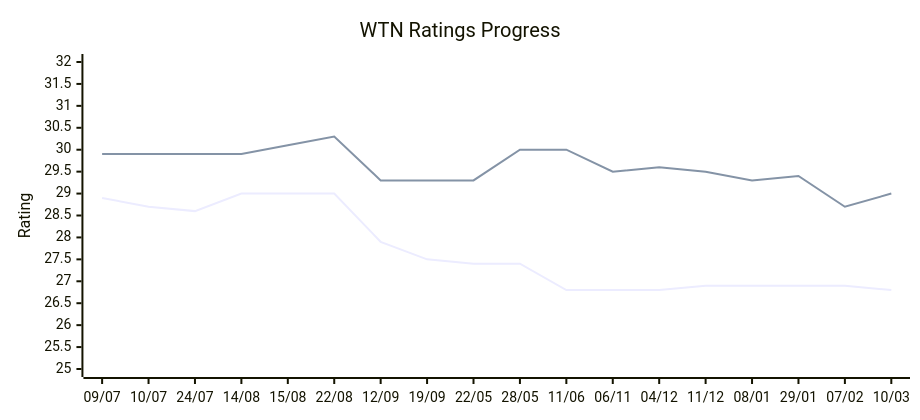
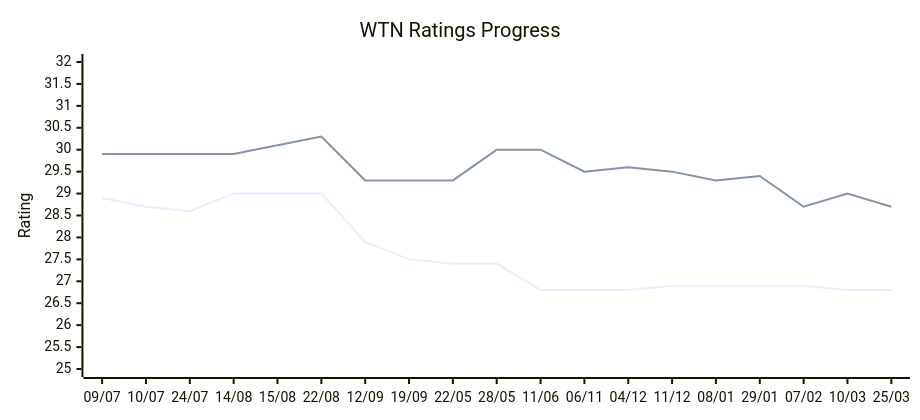
Before and after one commit to jamesrwhite/wtn: the diagram in README.md, drawn with Mermaid. The commit also changed other lines of this file and 1 other file, not shown here.

Commit message:
Updated ratings

````diff
--- a/README.md
+++ b/README.md
@@ -12,14 +12,14 @@
 ```mermaid
 ---
 config:
   xyChart:
     width: 900
     height: 400
 ---
 xychart-beta
   title "WTN Ratings Progress"
-  x-axis ["09/07", "10/07", "24/07", "14/08", "15/08", "22/08", "12/09", "19/09", "22/05", "28/05", "11/06", "06/11", "04/12", "11/12", "08/01", "29/01", "07/02", "10/03"]
+  x-axis ["09/07", "10/07", "24/07", "14/08", "15/08", "22/08", "12/09", "19/09", "22/05", "28/05", "11/06", "06/11", "04/12", "11/12", "08/01", "29/01", "07/02", "10/03", "25/03"]
   y-axis "Rating" 25 --> 32
-  line [28.9, 28.7, 28.6, 29.0, 29.0, 29.0, 27.9, 27.5, 27.4, 27.4, 26.8, 26.8, 26.8, 26.9, 26.9, 26.9, 26.9, 26.8]
-  line [29.9, 29.9, 29.9, 29.9, 30.1, 30.3, 29.3, 29.3, 29.3, 30.0, 30.0, 29.5, 29.6, 29.5, 29.3, 29.4, 28.7, 29.0]
+  line [28.9, 28.7, 28.6, 29.0, 29.0, 29.0, 27.9, 27.5, 27.4, 27.4, 26.8, 26.8, 26.8, 26.9, 26.9, 26.9, 26.9, 26.8, 26.8]
+  line [29.9, 29.9, 29.9, 29.9, 30.1, 30.3, 29.3, 29.3, 29.3, 30.0, 30.0, 29.5, 29.6, 29.5, 29.3, 29.4, 28.7, 29.0, 28.7]
 ```
````
